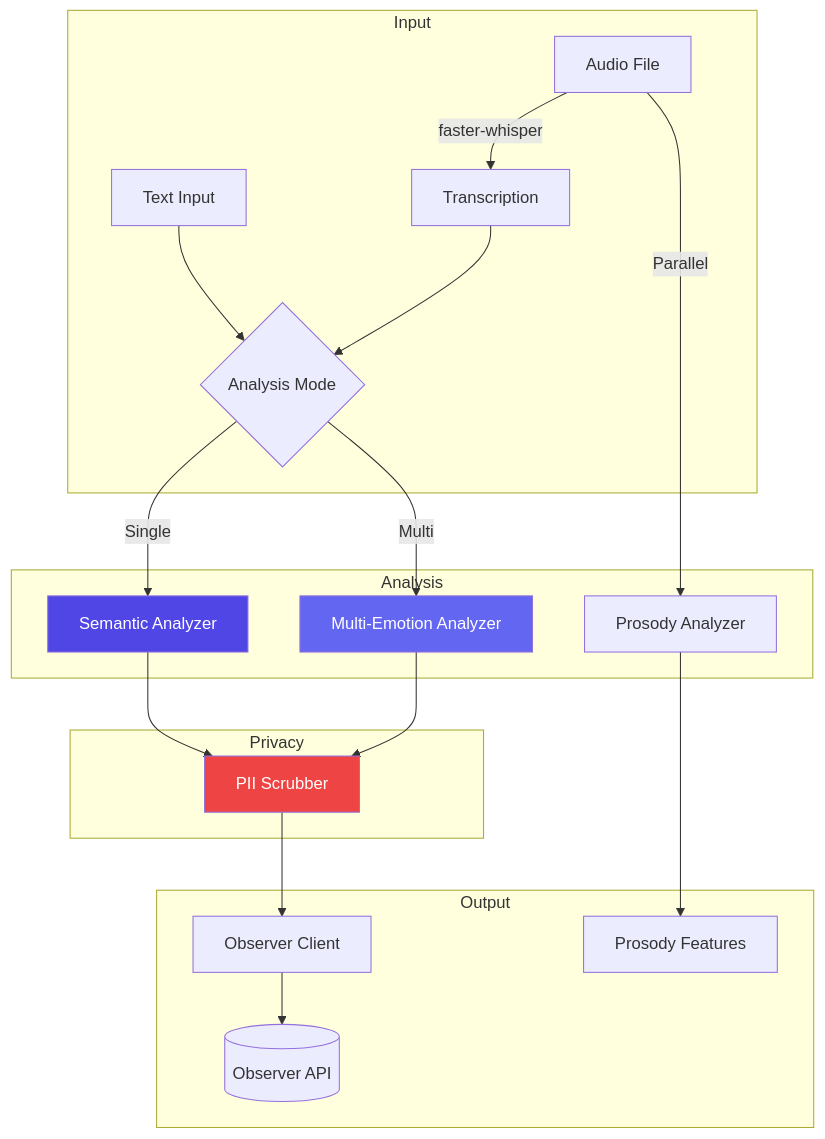
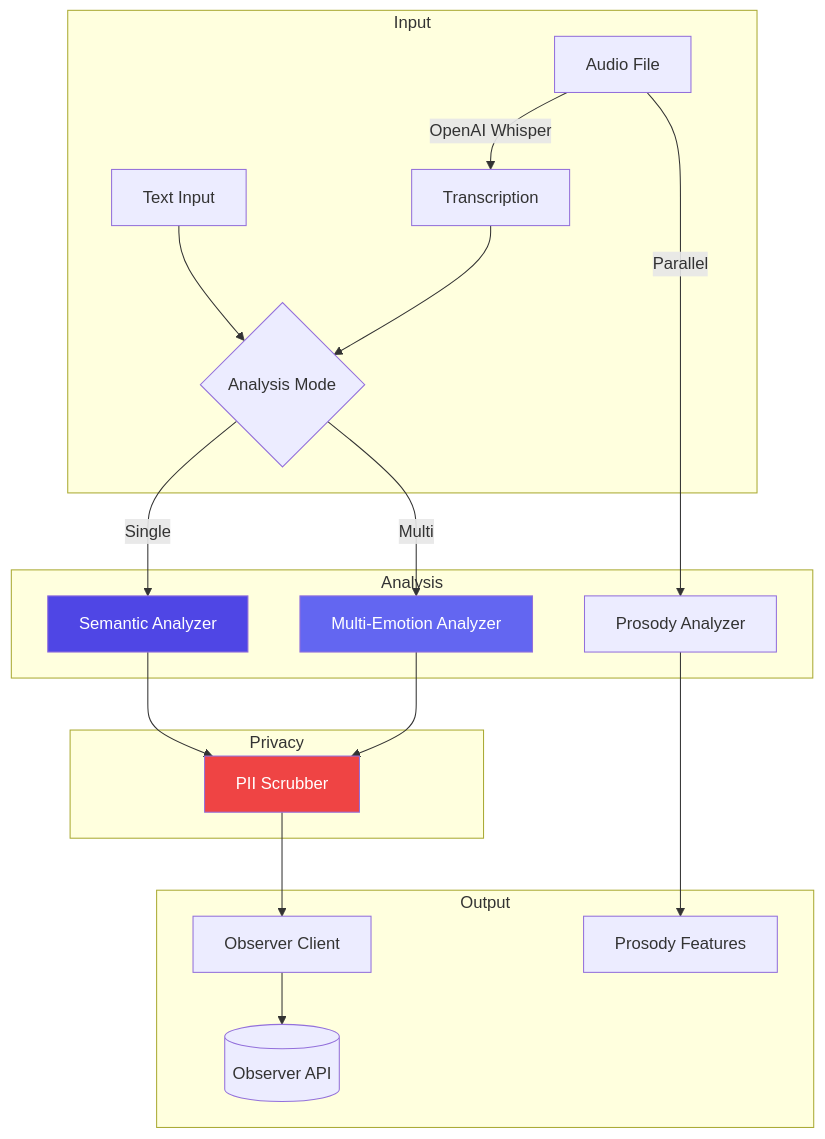
Before and after one commit to jrgochan/l_o_v_e: the diagram in docs/src/modules/listener/architecture/02-services.md, drawn with Mermaid. The commit also changed other lines of this file and 97 other files, not shown here.

````diff
--- a/docs/src/modules/listener/architecture/02-services.md
+++ b/docs/src/modules/listener/architecture/02-services.md
@@ -128,30 +128,30 @@
 ```mermaid
 graph TD
     subgraph Input
-        A[Audio File] -->|faster-whisper| B[Transcription]
+        A[Audio File] -->|OpenAI Whisper| B[Transcription]
         C[Text Input] --> D{Analysis Mode}
     end
 
     B --> D
 
     subgraph Analysis
         D -->|Single| E[Semantic Analyzer]
         D -->|Multi| F[Multi-Emotion Analyzer]
         A -->|Parallel| G[Prosody Analyzer]
     end
 
     subgraph Privacy
         E --> H[PII Scrubber]
         F --> H
     end
 
     subgraph Output
         H --> I[Observer Client]
         I --> J[(Observer API)]
         G --> K[Prosody Features]
     end
 
     style E fill:#4f46e5,color:#fff
     style F fill:#6366f1,color:#fff
     style H fill:#ef4444,color:#fff
 ```
````
